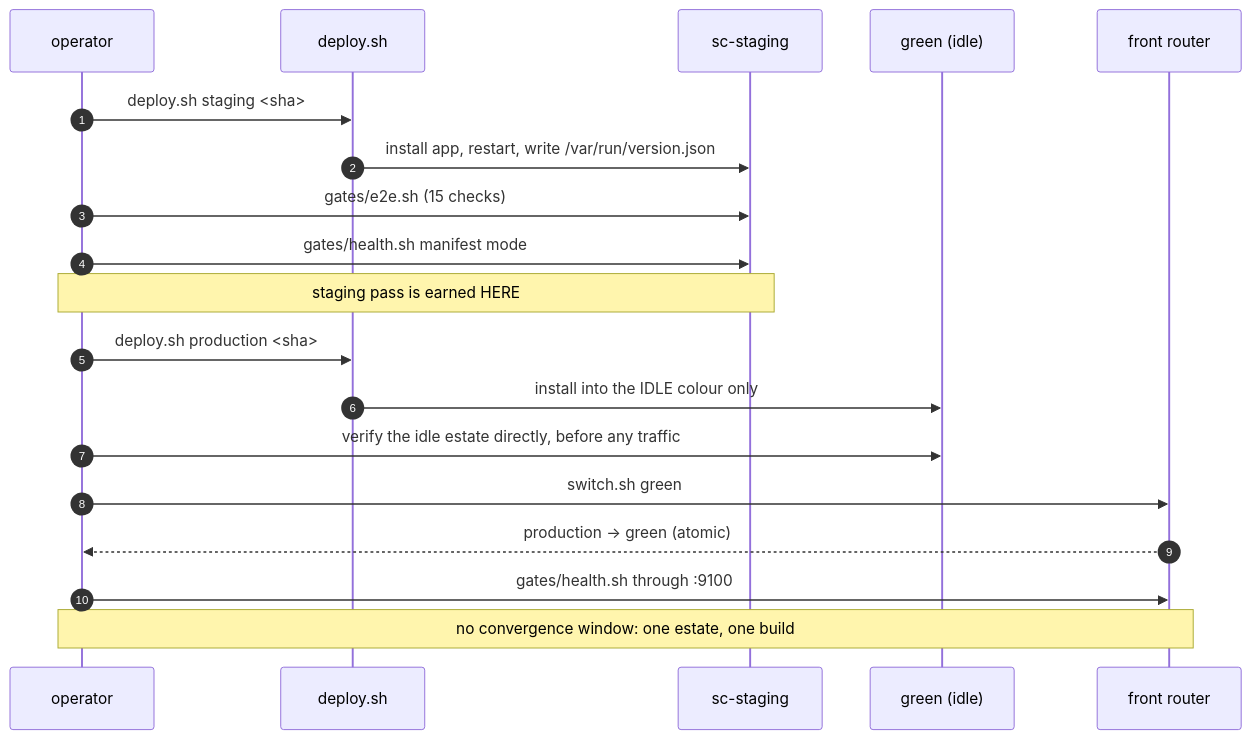
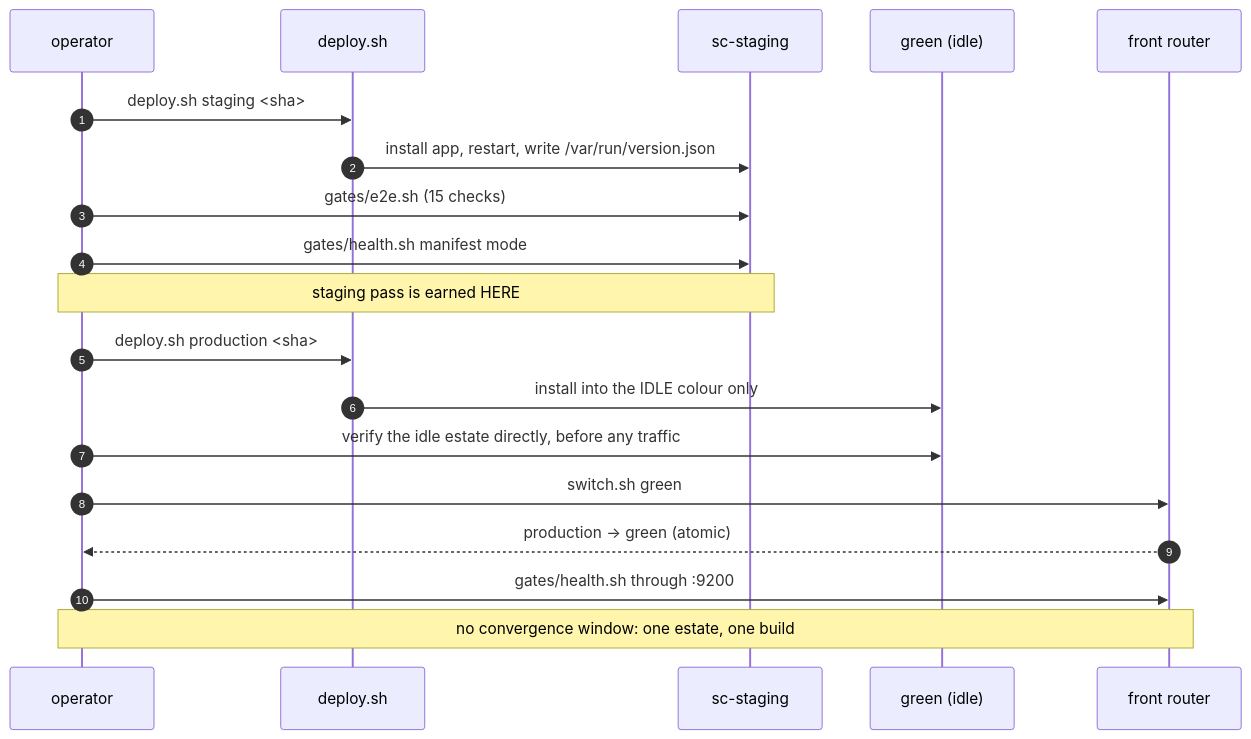
One commit to aygp-dr/standard-change changed the second of 2 diagrams in targets/bastille/SETUP.org. Above: the diagram before and after it, drawn with Mermaid. The commit also changed other lines of this file and 7 other files, not shown here.

```diff
--- a/targets/bastille/SETUP.org
+++ b/targets/bastille/SETUP.org
@@ -79,22 +79,22 @@
 #+begin_src mermaid :eval never-export
 sequenceDiagram
     autonumber
     participant Op as operator
     participant D as deploy.sh
     participant S as sc-staging
     participant G as green (idle)
     participant F as front router
 
     Op->>D: deploy.sh staging <sha>
     D->>S: install app, restart, write /var/run/version.json
     Op->>S: gates/e2e.sh (15 checks)
     Op->>S: gates/health.sh manifest mode
     Note over Op,S: staging pass is earned HERE
     Op->>D: deploy.sh production <sha>
     D->>G: install into the IDLE colour only
     Op->>G: verify the idle estate directly, before any traffic
     Op->>F: switch.sh green
     F-->>Op: production -> green (atomic)
-    Op->>F: gates/health.sh through :9100
+    Op->>F: gates/health.sh through :9200
     Note over Op,F: no convergence window: one estate, one build
 #+end_src
```
